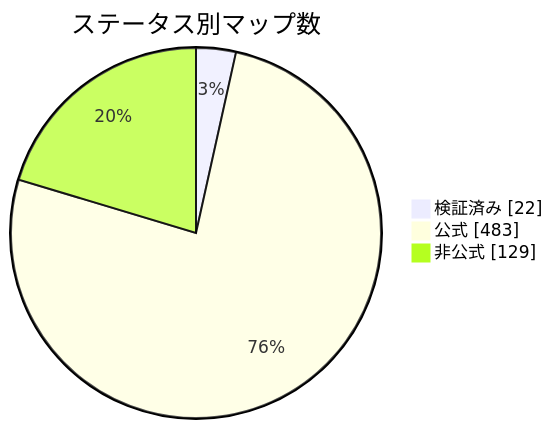
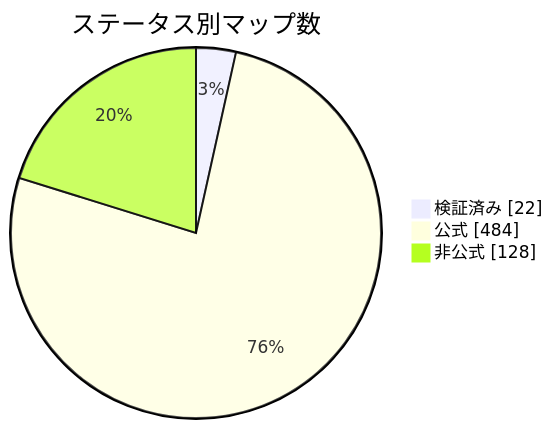
One commit to nobrega8/mbmap-library changed the diagram in docs/readme/README_JP.md. Above: the diagram before and after it, drawn with Mermaid. The commit also changed 6 other files, not shown here.

````diff
--- a/docs/readme/README_JP.md
+++ b/docs/readme/README_JP.md
@@ -54,7 +54,7 @@
 ```mermaid
 pie showData
     title ステータス別マップ数
     "検証済み" : 22
-    "公式" : 483
-    "非公式" : 129
+    "公式" : 484
+    "非公式" : 128
 ```
````
